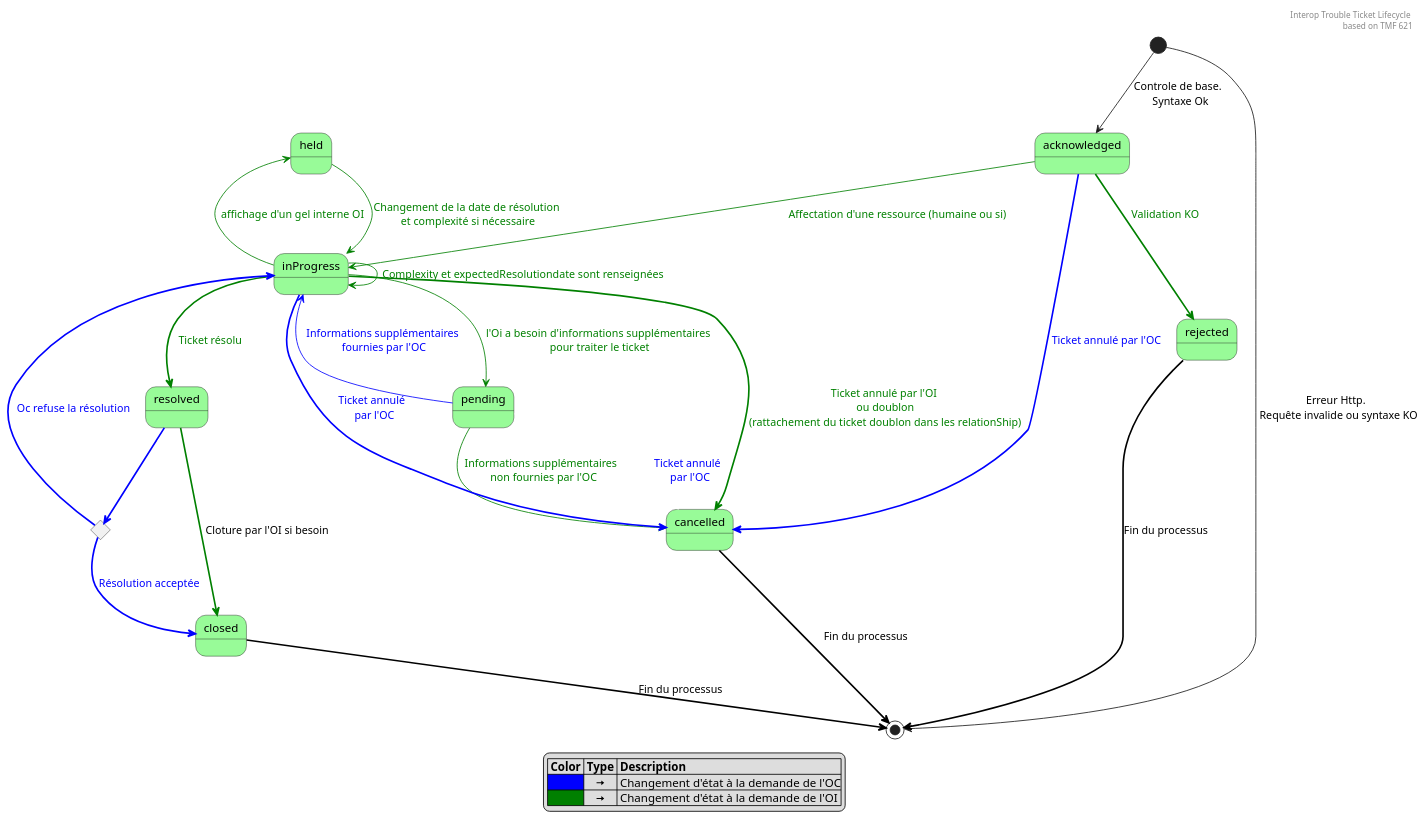
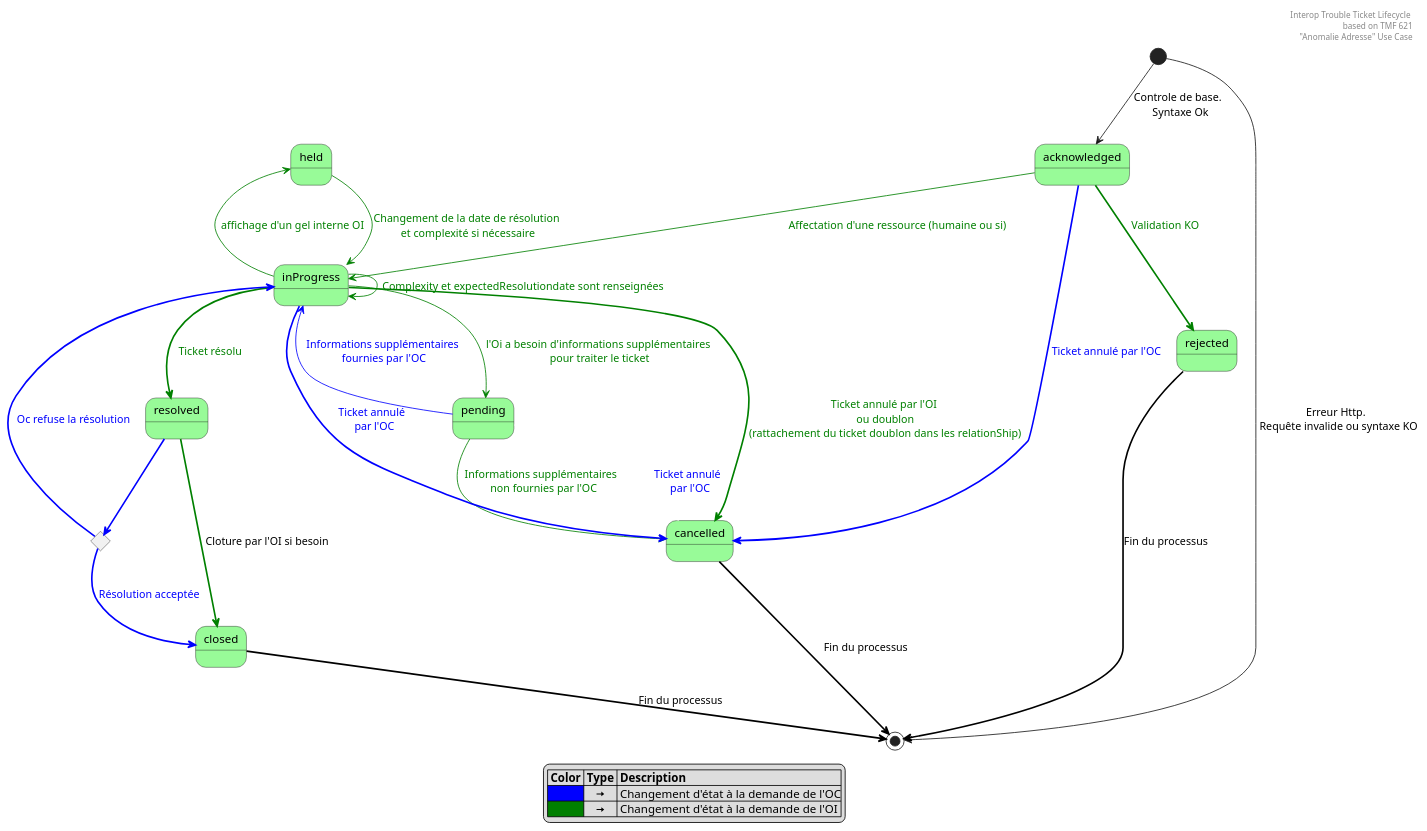
Before and after one commit to before-interop/ticketing: the diagram in Ticketing/lifecycle.puml, drawn with PlantUML. The commit also changed 8 other files, not shown here.

```diff
--- a/Ticketing/lifecycle.puml
+++ b/Ticketing/lifecycle.puml
@@ -1,48 +1,48 @@
 @startuml
-header Interop Trouble Ticket Lifecycle \nbased on TMF 621
+header Interop Trouble Ticket Lifecycle \nbased on TMF 621\n"Anomalie Adresse" Use Case
 
 
 state acknowledged #palegreen
 state inProgress #palegreen
 state closed #palegreen
 state rejected #palegreen
 state cancelled #palegreen
 state resolved #palegreen
 state choice <<choice>>
 state held #palegreen
 state pending #palegreen
 
 [*] --> acknowledged: Controle de base. \n Syntaxe Ok
 [*] --> [*]: Erreur Http. \n Requête invalide ou syntaxe KO
 
 acknowledged -[#green]-> inProgress: <color:#green>Affectation d'une ressource (humaine ou si)
 acknowledged -[bold,#green]-> rejected: <color:#green>Validation KO
 acknowledged -[bold,#blue]-> cancelled: <color:#blue>Ticket annulé par l'OC
 
 inProgress -[#green]-> pending: <color:#green>l'Oi a besoin d'informations supplémentaires\n<color:#green> pour traiter le ticket
 pending -right[#green]-> cancelled: <color:#green>Informations supplémentaires \n <color:#green>non fournies par l'OC
 pending -[#bue]-> cancelled: <color:#blue>Ticket annulé \n<color:#blue> par l'OC
 pending -[#blue]-> inProgress: <color:#blue>Informations supplémentaires \n<color:#blue>fournies par l'OC
 inProgress -[bold,#green]-> cancelled: <color:#green>Ticket annulé par l'OI \n<color:#green> ou doublon \n<color:#green>(rattachement du ticket doublon dans les relationShip)
 inProgress -[bold,#blue]-> cancelled: <color:#blue>Ticket annulé \n<color:#blue> par l'OC
 inProgress -[bold,#green]-> resolved: <color:#green>Ticket résolu
 inProgress -up[#green]-> held: <color:#green>affichage d'un gel interne OI
 inProgress -[#green]-> inProgress : <color:#green>Complexity et expectedResolutiondate sont renseignées
 held -[#green]-> inProgress: <color:#green>Changement de la date de résolution\n<color:#green> et complexité si nécessaire
 
 resolved -[bold,#blue]-> choice
 resolved -[bold,#green]-> closed: Cloture par l'OI si besoin
 choice -[bold,#blue]-> inProgress: <color:#blue>Oc refuse la résolution
 choice -[bold,#blue]-> closed: <color:#blue>Résolution acceptée
 
 closed -[bold,#black]-> [*]: Fin du processus
 cancelled -[bold,#black]-> [*]: Fin du processus
 rejected -[bold,#black]-> [*]: Fin du processus
 
 legend
     |= Color |= Type |= Description |
     |<#blue>|    <&arrow-right> | Changement d'état à la demande de l'OC|
     |<#green>|    <&arrow-right> | Changement d'état à la demande de l'OI |
 endlegend
 
 @enduml
```
